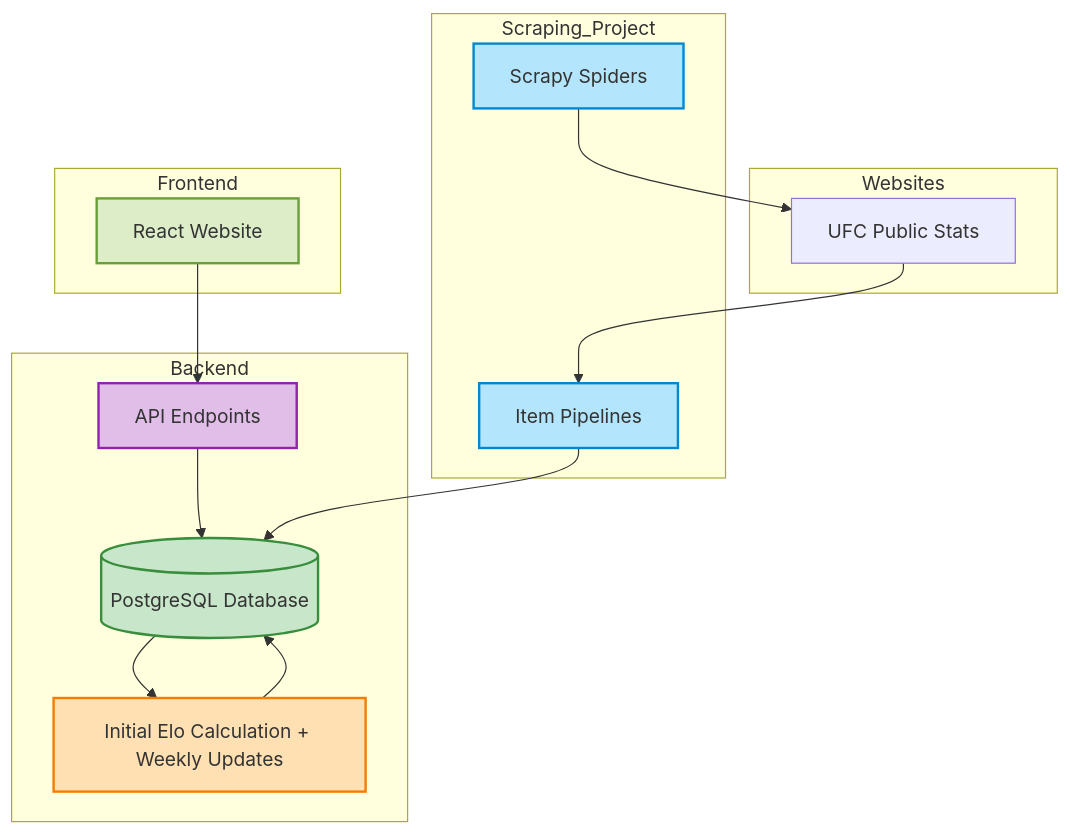
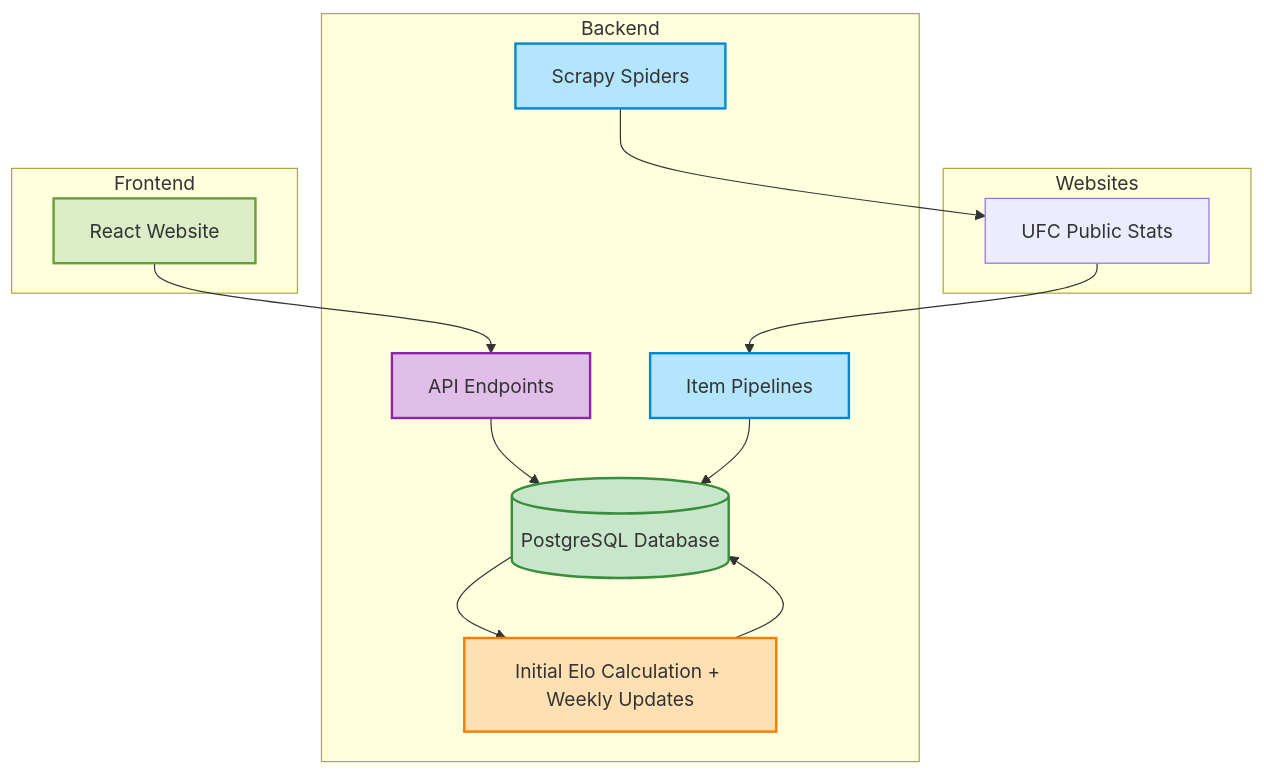
Before and after one commit to alpinedev51/mma-elo-engine-py: the diagram in README.md, drawn with Mermaid.

````diff
--- a/README.md
+++ b/README.md
@@ -52,42 +52,39 @@
 ```mermaid
 flowchart TD
 
     subgraph Websites
         W1[UFC Public Stats]
     end
 
-    subgraph Scraping_Project
+    subgraph Backend
         A1[Scrapy Spiders] --> W1
         W1 --> A2[Item Pipelines]
         click A1 "Scrapy Spiders regularly crawl MMA websites for fighter data."
         click A2 "Pipelines process and store the fighter data into the database."
-    end
-
-    subgraph Backend
         B1[(PostgreSQL Database)] --> C1[Initial Elo Calculation + Weekly Updates]
         C1 --> B1
         D1[API Endpoints] --> B1
         click B1 "PostgreSQL database houses fighter data and Elo scores."
         click C1 "A weekly job calculates and updates Elo ratings."
         click D1 "APIs provide access to stored data."
     end
 
     subgraph Frontend
         E1[React Website] --> D1
         click E1 "Data is displayed on a React-based frontend."
     end
 
     A2 --> B1
 
     classDef blue fill:#B3E5FC,stroke:#0288D1,stroke-width:2px;
     classDef green fill:#C8E6C9,stroke:#388E3C,stroke-width:2px;
     classDef orange fill:#FFE0B2,stroke:#F57C00,stroke-width:2px;
     classDef purple fill:#E1BEE7,stroke:#8E24AA,stroke-width:2px;
     classDef lightgreen fill:#DCEDC8,stroke:#689F38,stroke-width:2px;
 
     class A1,A2 blue;
     class B1 green;
     class C1 orange;
     class D1 purple;
     class E1 lightgreen;
 ```
````
